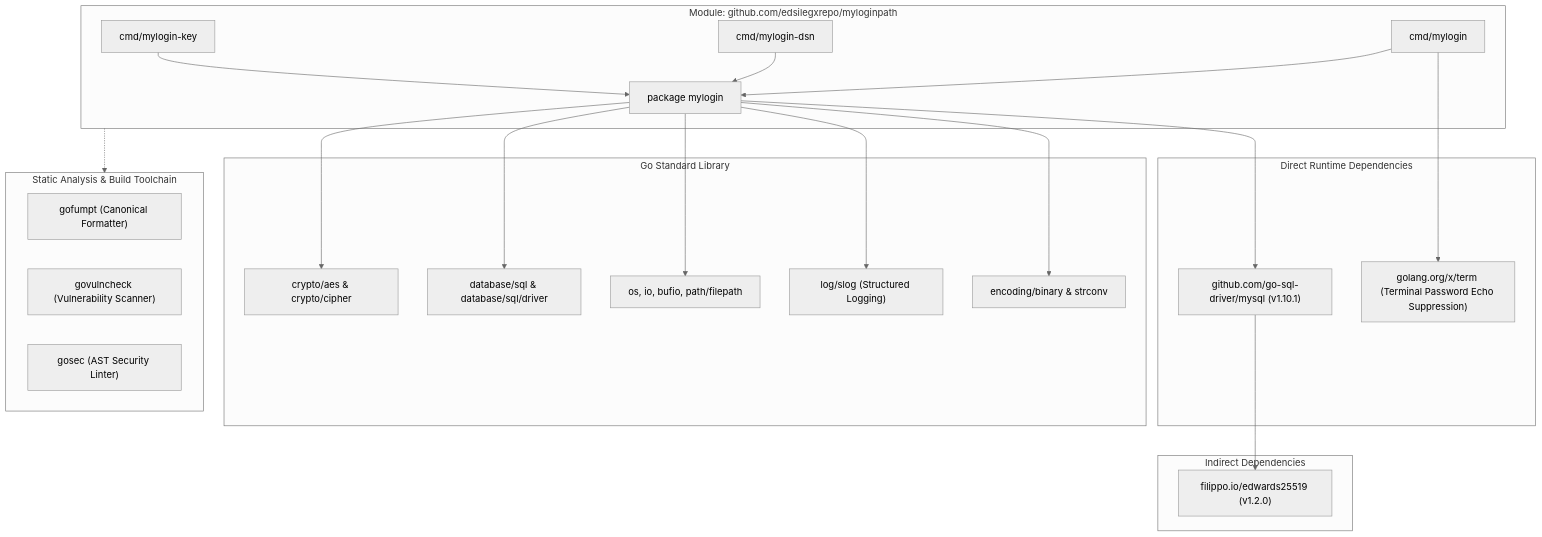
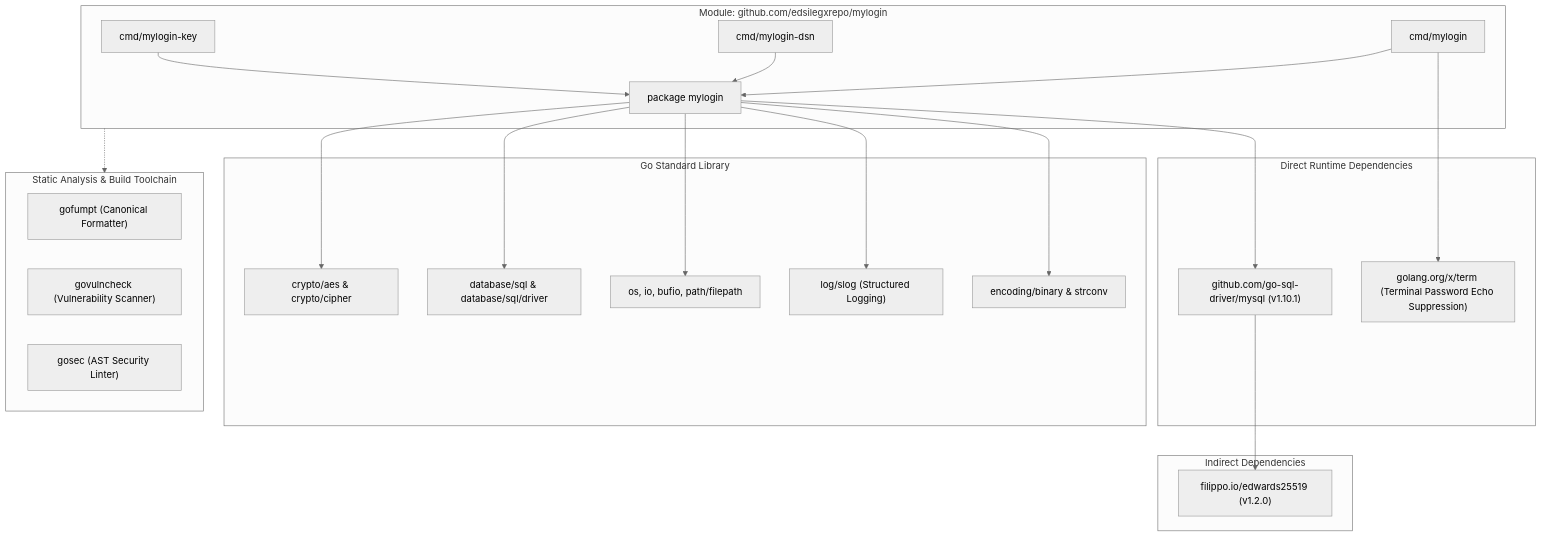
Before and after one commit to edsilegxrepo/mylogin: the third of 4 diagrams in ARCHITECTURE.md, drawn with Mermaid (neutral theme). The commit also changed other lines of this file and 15 other files, not shown here.

Commit message:
refactor: rename module to github.com/edsilegxrepo/mylogin and update documentation

````diff
--- a/ARCHITECTURE.md
+++ b/ARCHITECTURE.md
@@ -220,45 +220,45 @@
 ```mermaid
 graph TD
-    subgraph CoreRepo["Module: github.com/edsilegxrepo/myloginpath"]
+    subgraph CoreRepo["Module: github.com/edsilegxrepo/mylogin"]
         RootPkg["package mylogin"]
         CmdMain["cmd/mylogin"]
         CmdDSN["cmd/mylogin-dsn"]
         CmdKey["cmd/mylogin-key"]
     end
 
     subgraph DirectDeps["Direct Runtime Dependencies"]
         D1["github.com/go-sql-driver/mysql (v1.10.1)"]
         D2["golang.org/x/term (Terminal Password Echo Suppression)"]
     end
 
     subgraph IndirectDeps["Indirect Dependencies"]
         ID1["filippo.io/edwards25519 (v1.2.0)"]
     end
 
     subgraph StdLib["Go Standard Library"]
         SL1["crypto/aes & crypto/cipher"]
         SL2["database/sql & database/sql/driver"]
         SL3["os, io, bufio, path/filepath"]
         SL4["log/slog (Structured Logging)"]
         SL5["encoding/binary & strconv"]
     end
 
     subgraph BuildTools["Static Analysis & Build Toolchain"]
         BT1["gofumpt (Canonical Formatter)"]
         BT2["govulncheck (Vulnerability Scanner)"]
         BT3["gosec (AST Security Linter)"]
     end
 
     RootPkg --> SL1
     RootPkg --> SL2
     RootPkg --> SL3
     RootPkg --> SL4
     RootPkg --> SL5
     RootPkg --> D1
     CmdMain --> D2
     CmdMain --> RootPkg
     CmdDSN --> RootPkg
     CmdKey --> RootPkg
     D1 --> ID1
     CoreRepo -.-> BuildTools
 ```
````
